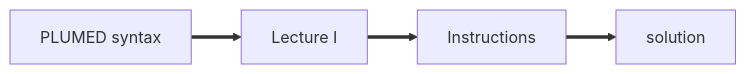
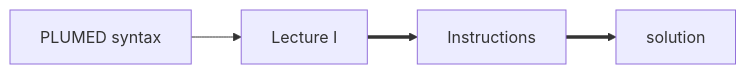
Before and after one commit to fabsugar/plumed-tutorial-be-aapak: the diagram in NAVIGATION.md, drawn with Mermaid.

````diff
--- a/NAVIGATION.md
+++ b/NAVIGATION.md
@@ -1,10 +1,10 @@
 ```mermaid
 flowchart LR
-A[PLUMED syntax] ==> B[Lecture I]
+A[PLUMED syntax] --> B[Lecture I]
 B ==> C[Instructions]
 C ==> D[solution]
 click A "http://www.plumed-tutorials.org/lessons/21/001/data/NAVIGATION.html" "You should complete this earlier masterclass before completing this exercise"
 click B "video1" "A video that introduces the exercise"
 click C "README.md" "The instructions for the exercise"
 click D "notebooks/solultion.ipynb" "A python notebook containing a full set of solutions for the exercise"
 ```
````
